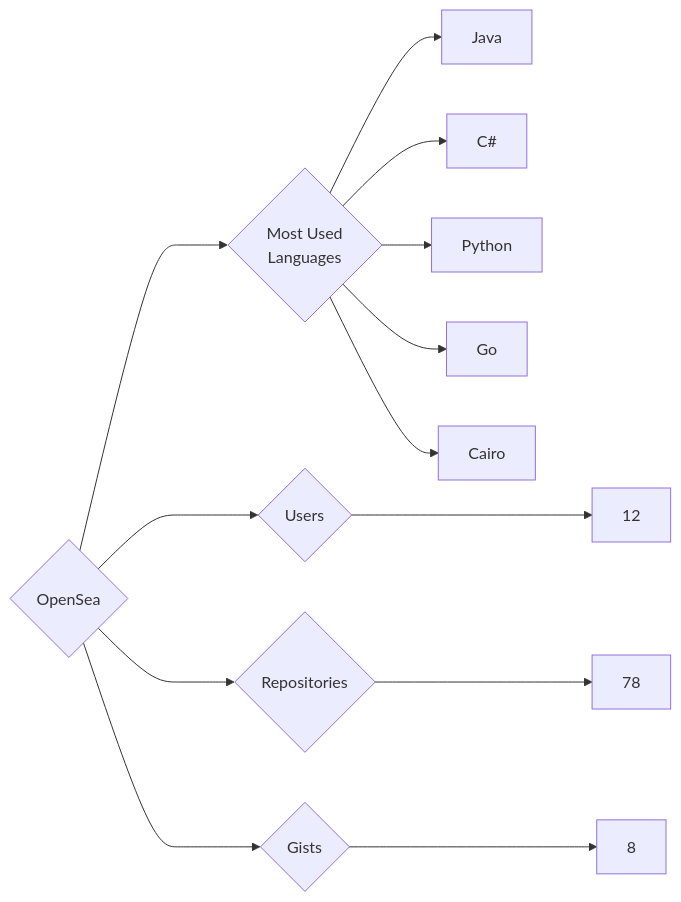
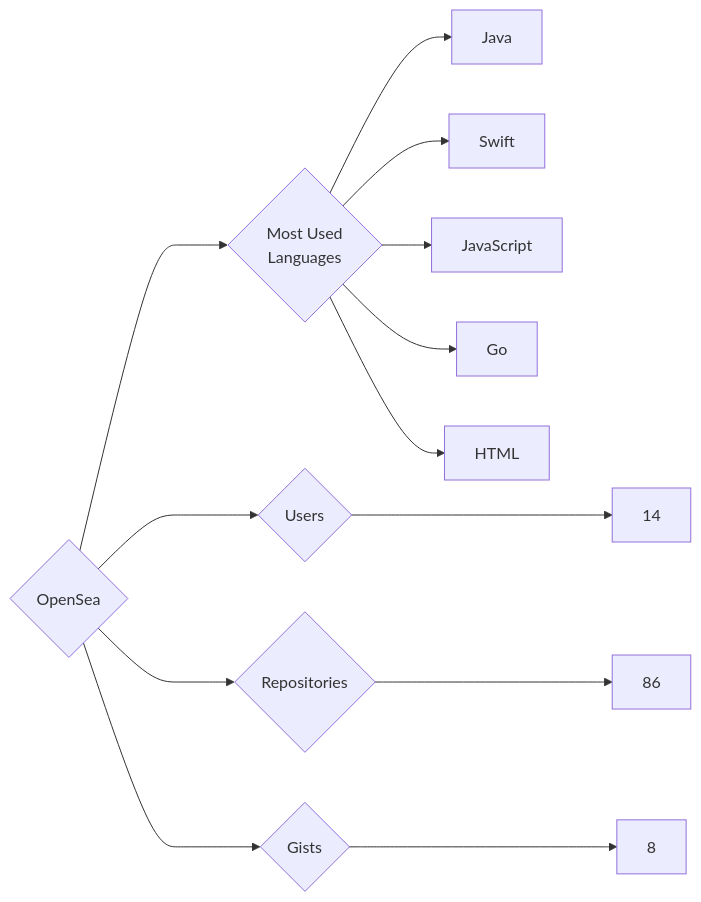
The diagram in targets/OpenSea/README.md (trickest/insiders), drawn with Mermaid before and after one commit. The commit also changed 728 other files, not shown here.

````diff
--- a/targets/OpenSea/README.md
+++ b/targets/OpenSea/README.md
@@ -3,13 +3,13 @@
 ```mermaid
 graph LR
 COMPANY_NAME{OpenSea}
-COMPANY_NAME ---> U{Users} ---> UN[12]
-COMPANY_NAME ---> R{Repositories} ---> RN[78]
+COMPANY_NAME ---> U{Users} ---> UN[14]
+COMPANY_NAME ---> R{Repositories} ---> RN[86]
 COMPANY_NAME ---> G{Gists} ---> GN[8]
 COMPANY_NAME ---> ML{Most Used<br>Languages}
 ML --> Java[Java]
-ML --> C#[C#]
-ML --> Python[Python]
+ML --> Swift[Swift]
+ML --> JavaScript[JavaScript]
 ML --> Go[Go]
-ML --> Cairo[Cairo]
+ML --> HTML[HTML]
 ```
````
